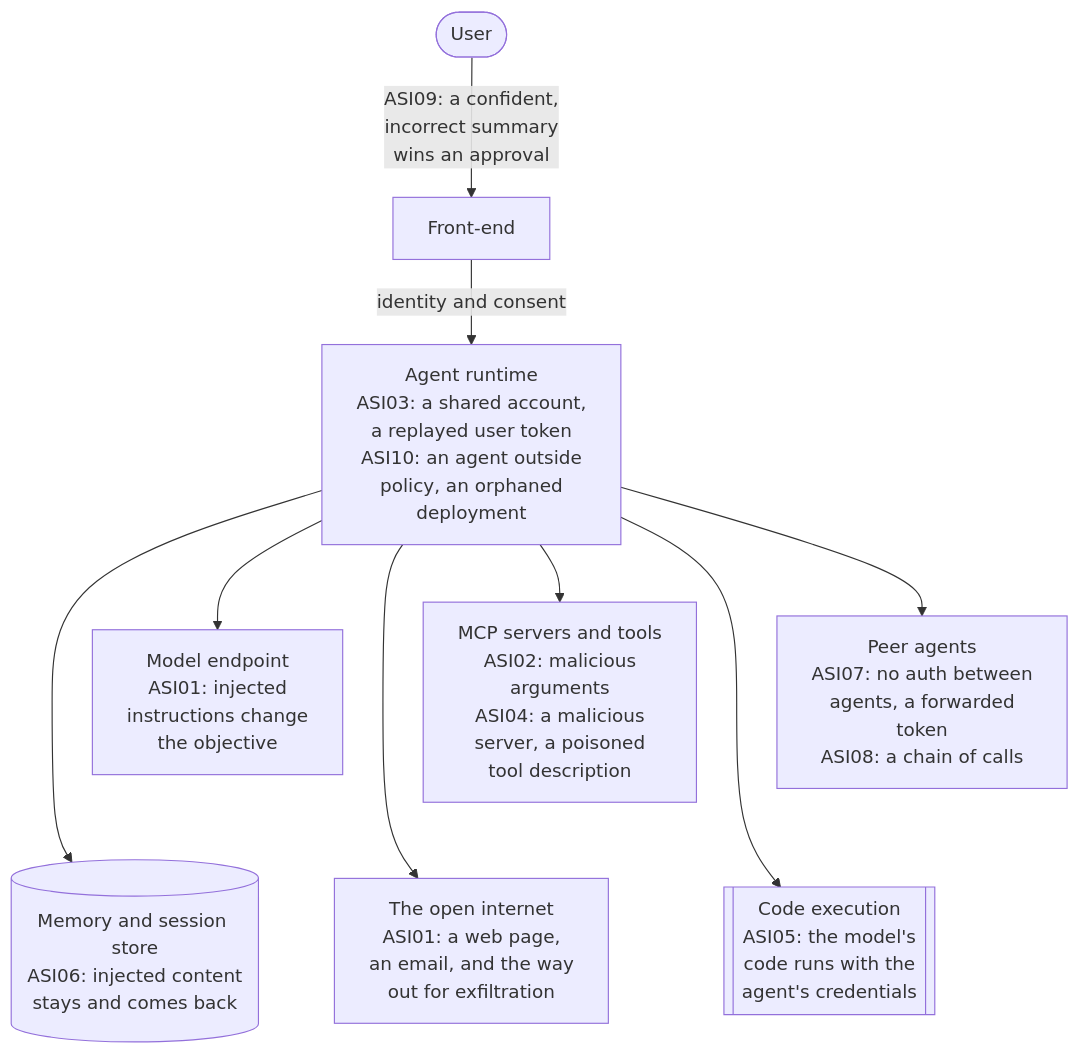
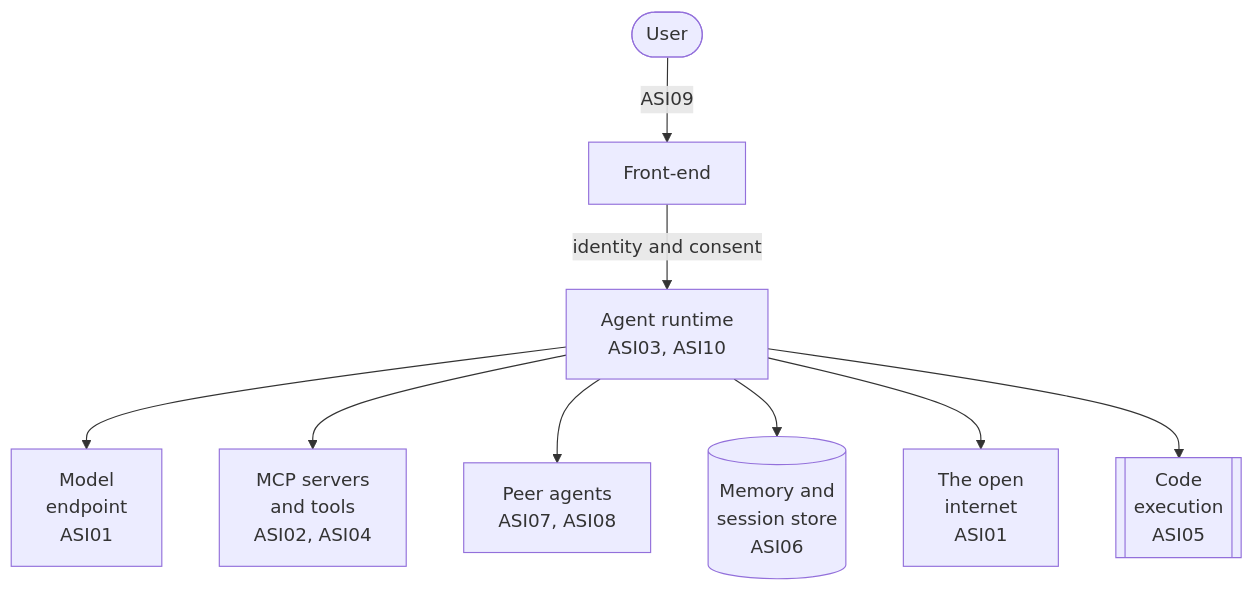
The first of 2 diagrams in 06-gateway/identity-security/agentic-identity-gcp-lab/docs/primer.md (aniryou/full-stack-agentic-engineer), drawn with Mermaid before and after one commit. The commit also changed other lines of this file and 633 other files, not shown here.

First line of the commit message:
Accessible language and one-screen figures, part 1: every figure fits a screen, the STE second pass over the layers (#53)

````diff
--- a/06-gateway/identity-security/agentic-identity-gcp-lab/docs/primer.md
+++ b/06-gateway/identity-security/agentic-identity-gcp-lab/docs/primer.md
@@ -92,14 +92,11 @@
 ```mermaid
 flowchart TB
-    U(["User"]) -- "ASI09: a confident,<br/>incorrect summary<br/>wins an approval" --> FE["Front-end"]
-    FE -- "identity and consent" --> AG["Agent runtime<br/>ASI03: a shared account,<br/>a replayed user token<br/>ASI10: an agent outside<br/>policy, an orphaned<br/>deployment"]
-    AG --> M["Model endpoint<br/>ASI01: injected<br/>instructions change<br/>the objective"]
-    AG --> T["MCP servers and tools<br/>ASI02: malicious<br/>arguments<br/>ASI04: a malicious<br/>server, a poisoned<br/>tool description"]
-    AG --> P["Peer agents<br/>ASI07: no auth between<br/>agents, a forwarded<br/>token<br/>ASI08: a chain of calls"]
-    AG --> MEM[("Memory and session store<br/>ASI06: injected content<br/>stays and comes back")]
-    AG --> NET["The open internet<br/>ASI01: a web page,<br/>an email, and the way<br/>out for exfiltration"]
-    AG --> SB[["Code execution<br/>ASI05: the model's<br/>code runs with the<br/>agent's credentials"]]
-    M ~~~ MEM
-    T ~~~ NET
-    P ~~~ SB
+    U(["User"]) -- "ASI09" --> FE["Front-end"]
+    FE -- "identity and consent" --> AG["Agent runtime<br/>ASI03, ASI10"]
+    AG --> M["Model<br/>endpoint<br/>ASI01"]
+    AG --> T["MCP servers<br/>and tools<br/>ASI02, ASI04"]
+    AG --> P["Peer agents<br/>ASI07, ASI08"]
+    AG --> MEM[("Memory and<br/>session store<br/>ASI06")]
+    AG --> NET["The open<br/>internet<br/>ASI01"]
+    AG --> SB[["Code<br/>execution<br/>ASI05"]]
 ```
````
